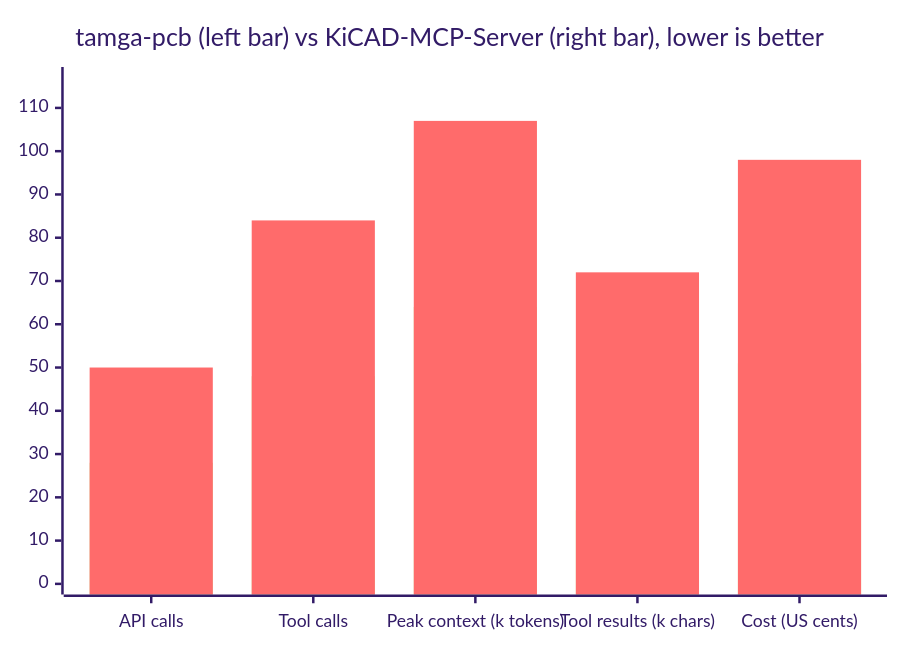
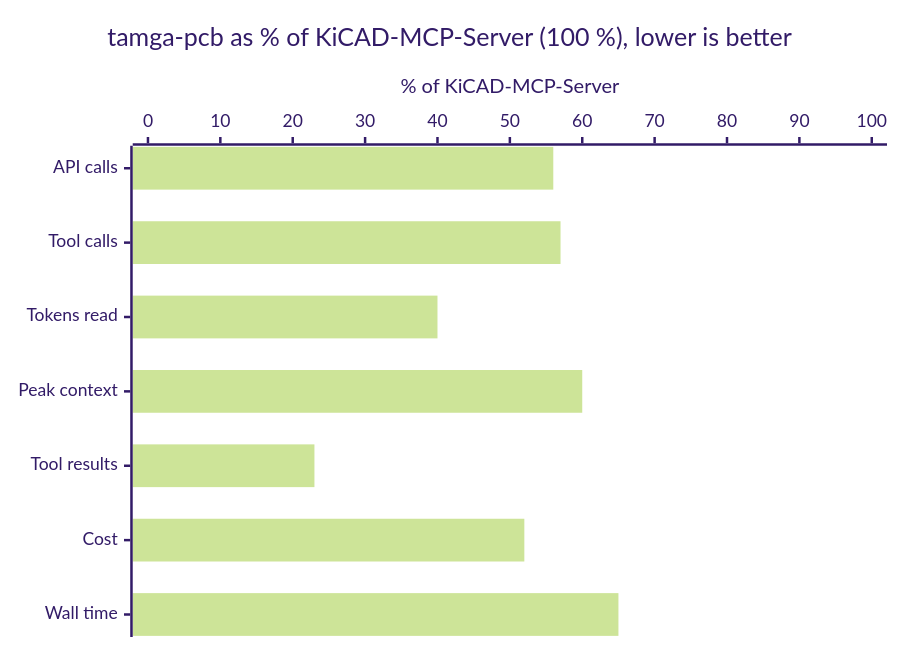
The second of 2 diagrams in docs/BENCHMARKS.md (atillaertas1/tamga-pcb), drawn with Mermaid (forest theme) before and after one commit. The commit also changed other lines of this file, not shown here.

Commit message:
Benchmarks: comparison chart as one series of ratios
Mermaid xychart draws a second bar series on top of the first, so
tamga-pcb's bars were hidden, and the five metrics shared one axis in
different units. Now one horizontal series: tamga-pcb as % of
KiCAD-MCP-Server.

````diff
--- a/docs/BENCHMARKS.md
+++ b/docs/BENCHMARKS.md
@@ -69,8 +69,7 @@
 ```mermaid
-xychart-beta
-    title "tamga-pcb (left bar) vs KiCAD-MCP-Server (right bar), lower is better"
-    x-axis ["API calls", "Tool calls", "Peak context (k tokens)", "Tool results (k chars)", "Cost (US cents)"]
-    y-axis 0 --> 117
-    bar [28, 48, 64, 17, 51]
-    bar [50, 84, 107, 72, 98]
+xychart-beta horizontal
+    title "tamga-pcb as % of KiCAD-MCP-Server (100 %), lower is better"
+    x-axis ["API calls", "Tool calls", "Tokens read", "Peak context", "Tool results", "Cost", "Wall time"]
+    y-axis "% of KiCAD-MCP-Server" 0 --> 100
+    bar [56, 57, 40, 60, 23, 52, 65]
 ```
````
